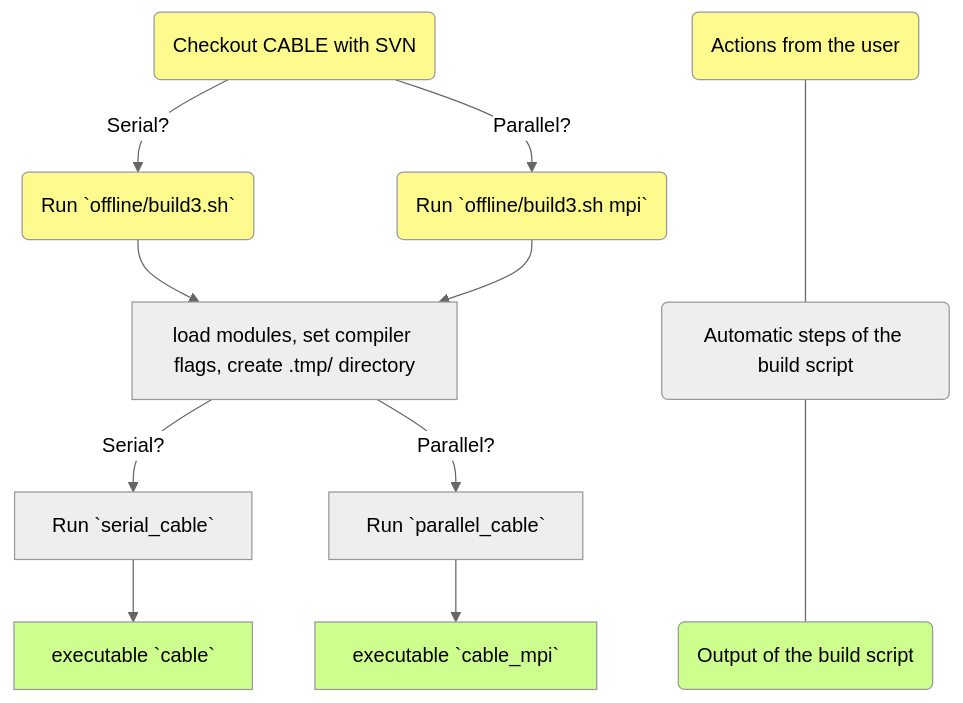
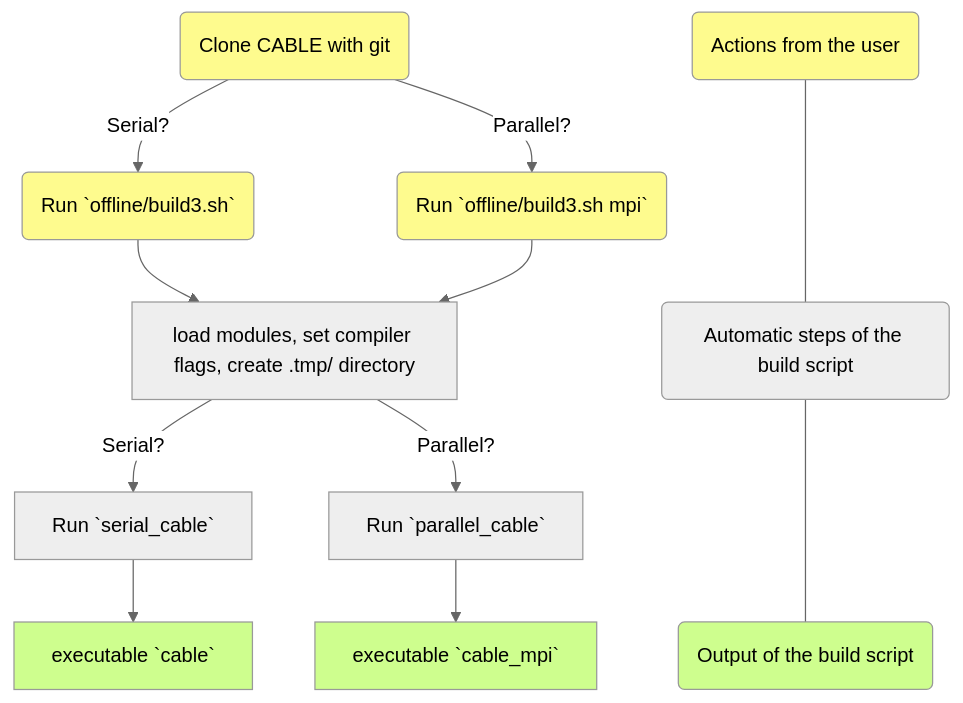
One commit to CABLE-LSM/CABLE changed the diagram in documentation/docs/user_guide/installation.md. Above: the diagram before and after it, drawn with Mermaid (neutral theme). The commit also changed other lines of this file and 3 other files, not shown here.

````diff
--- a/documentation/docs/user_guide/installation.md
+++ b/documentation/docs/user_guide/installation.md
@@ -11,27 +11,27 @@
 ``` mermaid
 graph TD
     
-    A(Checkout CABLE with SVN):::UserAction -->|Serial?| B(Run `offline/build3.sh`):::UserAction;
+    A(Clone CABLE with git):::UserAction -->|Serial?| B(Run `offline/build3.sh`):::UserAction;
     B --> D[load modules, set compiler flags, create .tmp/ directory];
     D -->|Serial?| E[Run `serial_cable`];
     E --> G[executable `cable`]:::Output;
     A -->|Parallel?| C(Run `offline/build3.sh mpi`):::UserAction;
     C --> D;   
     D -->|Parallel?| F[Run `parallel_cable`];
     F --> H[executable `cable_mpi`]:::Output;
     click A "http://cable.readthedocs.io/en/latest/user_guide/installation/#getting-the-cable-source-code"
     click B "http://cable.readthedocs.io/en/latest/user_guide/installation/#launching-the-build"
     click C "http://cable.readthedocs.io/en/latest/user_guide/installation/#launching-the-build"
     click D "http://cable.readthedocs.io/en/latest/user_guide/installation/#description-of-the-build-process"
     click E "http://cable.readthedocs.io/en/latest/user_guide/installation/#description-of-the-build-process"
     click F "http://cable.readthedocs.io/en/latest/user_guide/installation/#description-of-the-build-process"
 
     UserAction ---- Automatic ---- Output;
 
     UserAction(Actions from the user):::UserAction;
     Automatic(Automatic steps of the build script);
     Output(Output of the build script):::Output;
 
     classDef UserAction fill:#FEFB8E
     classDef Output fill:#cefe8e
 ```
````
